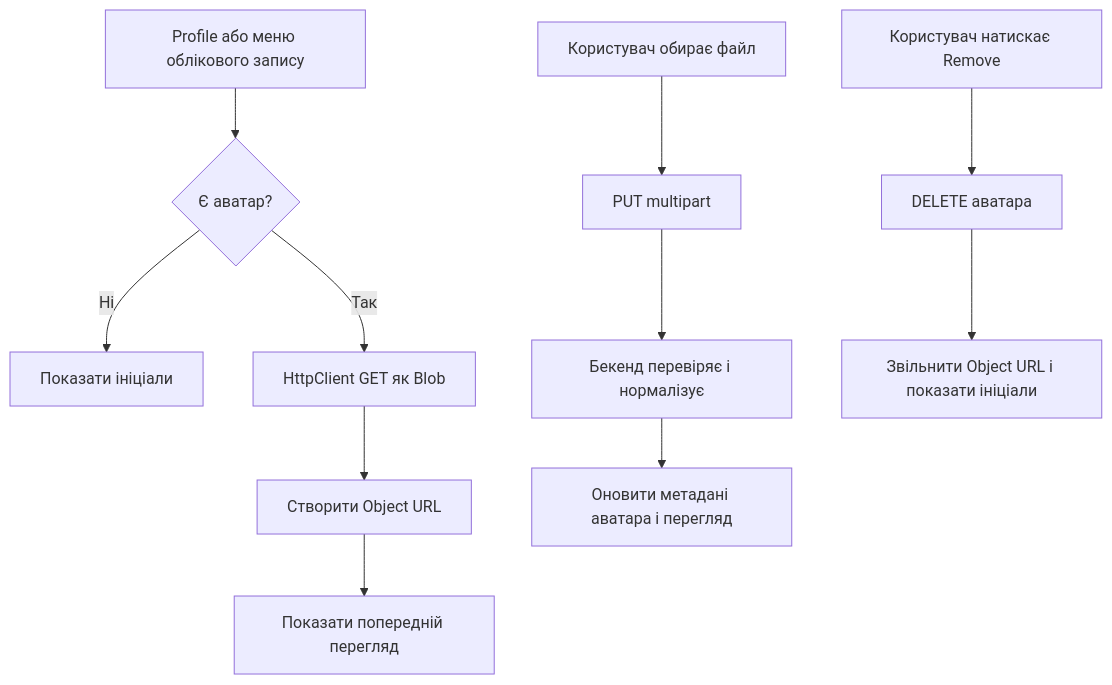
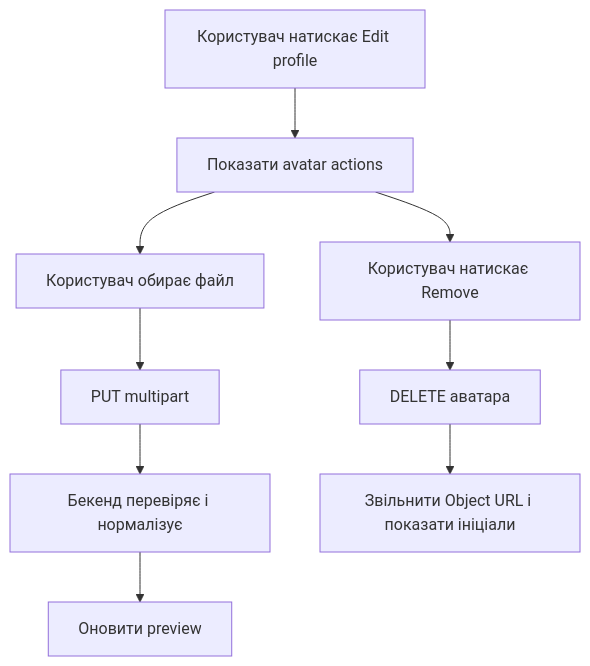
One commit to a-b-kovalenko/vault-note changed the second of 2 diagrams in VaultNote Atlas/content/План-реалізації-аватара-профілю.md. Above: the diagram before and after it, drawn with Mermaid. The commit also changed other lines of this file and 18 other files, not shown here.

Commit message:
feat: add avatar profile frontend

````diff
--- a/VaultNote Atlas/content/План-реалізації-аватара-профілю.md
+++ b/VaultNote Atlas/content/План-реалізації-аватара-профілю.md
@@ -159,13 +231,11 @@
 ```mermaid
 flowchart TD
-  A[Profile або меню облікового запису] --> B{Є аватар?}
-  B -->|Ні| C[Показати ініціали]
-  B -->|Так| D[HttpClient GET як Blob]
-  D --> E[Створити Object URL]
-  E --> F[Показати попередній перегляд]
-  G[Користувач обирає файл] --> H[PUT multipart]
-  H --> I[Бекенд перевіряє і нормалізує]
-  I --> J[Оновити метадані аватара і перегляд]
-  K[Користувач натискає Remove] --> L[DELETE аватара]
-  L --> M[Звільнити Object URL і показати ініціали]
+  G[Користувач натискає Edit profile] --> H[Показати avatar actions]
+  H --> I[Користувач обирає файл]
+  I --> J[PUT multipart]
+  J --> K[Бекенд перевіряє і нормалізує]
+  K --> L[Оновити preview]
+  H --> M[Користувач натискає Remove]
+  M --> N[DELETE аватара]
+  N --> O[Звільнити Object URL і показати ініціали]
 ```
````
